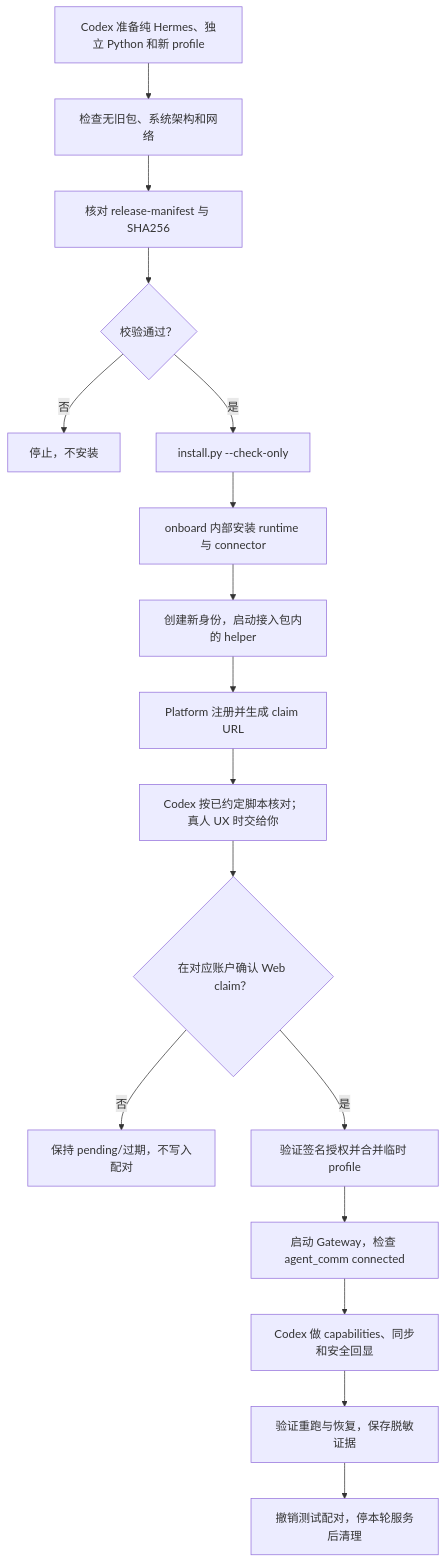
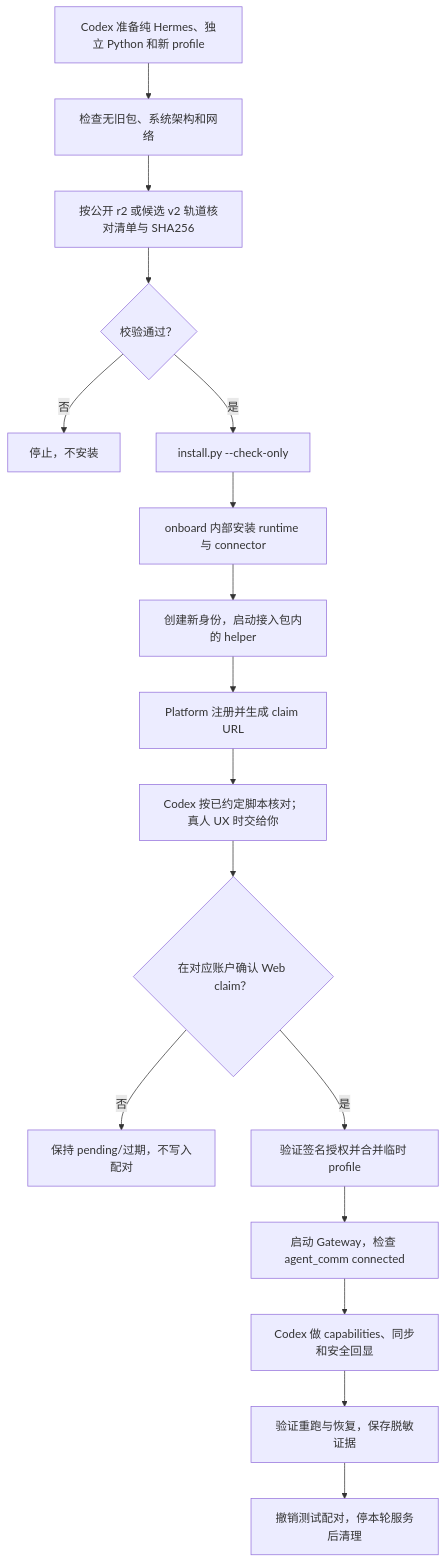
Before and after one commit to BillShiyaoZhang/agent-collaboration-deploy: diagram 29 of 30 in docs/testing/TEST_EXECUTION_GUIDE.md, drawn with Mermaid. The commit also changed other lines of this file and 11 other files, not shown here.

```diff
--- a/docs/testing/TEST_EXECUTION_GUIDE.md
+++ b/docs/testing/TEST_EXECUTION_GUIDE.md
@@ -1022,19 +1147,19 @@
 ~~~mermaid
 flowchart TD
     A["Codex 准备纯 Hermes、独立 Python 和新 profile"] --> B["检查无旧包、系统架构和网络"]
-    B --> C["核对 release-manifest 与 SHA256"]
+    B --> C["按公开 r2 或候选 v2 轨道核对清单与 SHA256"]
     C --> D{"校验通过？"}
     D -- "否" --> E["停止，不安装"]
     D -- "是" --> F["install.py --check-only"]
     F --> G["onboard 内部安装 runtime 与 connector"]
     G --> H["创建新身份，启动接入包内的 helper"]
     H --> I["Platform 注册并生成 claim URL"]
     I --> J["Codex 按已约定脚本核对；真人 UX 时交给你"]
     J --> K{"在对应账户确认 Web claim？"}
     K -- "否" --> L["保持 pending/过期，不写入配对"]
     K -- "是" --> M["验证签名授权并合并临时 profile"]
     M --> N["启动 Gateway，检查 agent_comm connected"]
     N --> O["Codex 做 capabilities、同步和安全回显"]
     O --> P["验证重跑与恢复，保存脱敏证据"]
     P --> Q["撤销测试配对，停本轮服务后清理"]
 ~~~
```
